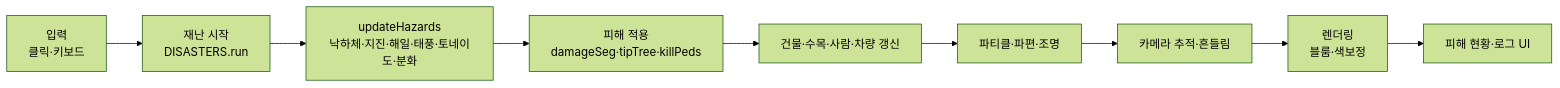
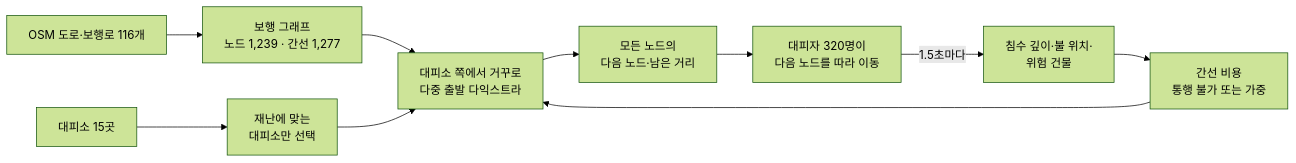
One commit to gaogang1011/jnu-disaster-sim changed the diagram in README.md. Above: the diagram before and after it, drawn with Mermaid (forest theme). The commit also changed other lines of this file and 5 other files, not shown here.

````diff
--- a/README.md
+++ b/README.md
@@ -161,11 +90,12 @@
 ```mermaid
 flowchart LR
-  A[입력<br/>클릭·키보드] --> B[재난 시작<br/>DISASTERS.run]
-  B --> C[updateHazards<br/>낙하체·지진·해일·태풍·토네이도·분화]
-  C --> D[피해 적용<br/>damageSeg·tipTree·killPeds]
-  D --> E[건물·수목·사람·차량 갱신]
-  E --> F[파티클·파편·조명]
-  F --> G[카메라 추적·흔들림]
-  G --> H[렌더링<br/>블룸·색보정]
-  H --> I[피해 현황·로그 UI]
+  A[OSM 도로·보행로 116개] --> B[보행 그래프<br/>노드 1,239 · 간선 1,277]
+  C[대피소 15곳] --> D[재난에 맞는<br/>대피소만 선택]
+  E[침수 깊이·불 위치·<br/>위험 건물] --> F[간선 비용<br/>통행 불가 또는 가중]
+  B --> G[대피소 쪽에서 거꾸로<br/>다중 출발 다익스트라]
+  D --> G
+  F --> G
+  G --> H[모든 노드의<br/>다음 노드·남은 거리]
+  H --> I[대피자 320명이<br/>다음 노드를 따라 이동]
+  I -->|1.5초마다| E
 ```
````
